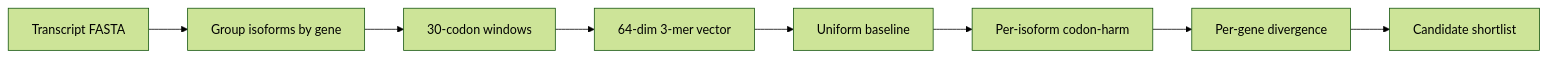
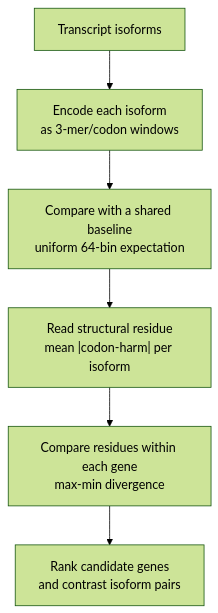
Before and after one commit to JackeyLGene/NoHarm: the diagram in README.md, drawn with Mermaid (forest theme). The commit also changed other lines of this file and 4 other files, not shown here.

````diff
--- a/README.md
+++ b/README.md
@@ -15,10 +15,8 @@
 ```mermaid
-flowchart LR
-    A["Transcript FASTA"] --> B["Group isoforms by gene"]
-    B --> C["30-codon windows"]
-    C --> D["64-dim 3-mer vector"]
-    D --> E["Uniform baseline"]
-    E --> F["Per-isoform codon-harm"]
-    F --> G["Per-gene divergence"]
-    G --> H["Candidate shortlist"]
+flowchart TD
+    A["Transcript isoforms"] --> B["Encode each isoform<br/>as 3-mer/codon windows"]
+    B --> C["Compare with a shared baseline<br/>uniform 64-bin expectation"]
+    C --> D["Read structural residue<br/>mean |codon-harm| per isoform"]
+    D --> E["Compare residues within each gene<br/>max-min divergence"]
+    E --> F["Rank candidate genes<br/>and contrast isoform pairs"]
 ```
````
